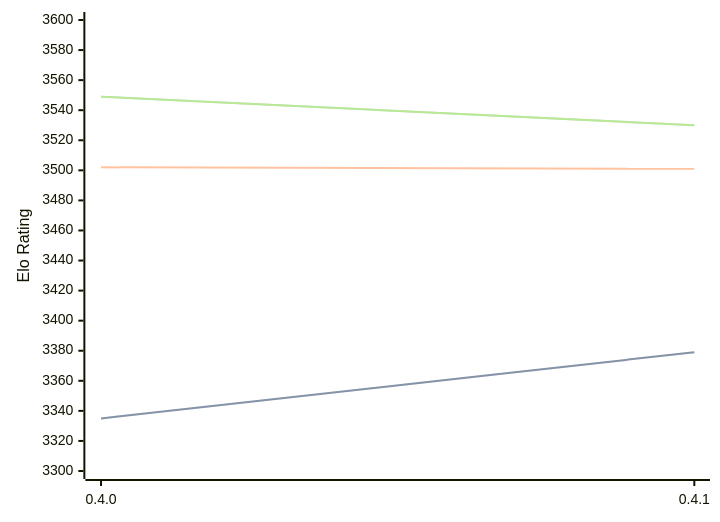
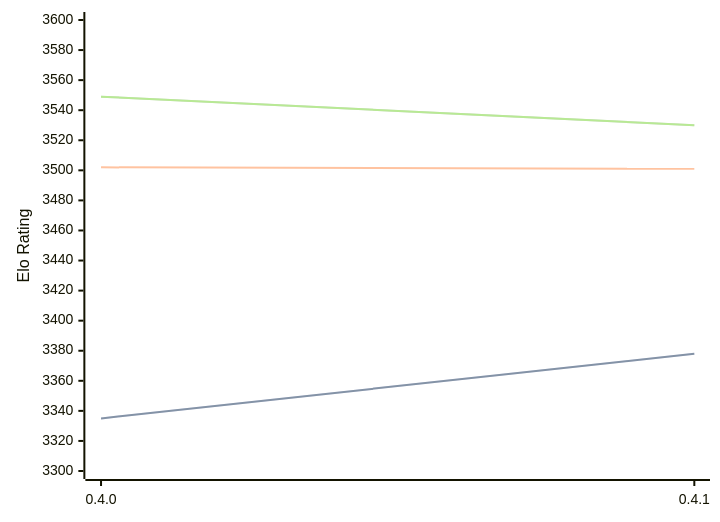
One commit to computer-chess-index/cci changed the diagram in engines/Cinder.md. Above: the diagram before and after it, drawn with Mermaid. The commit also changed other lines of this file, not shown here.

Commit message:
Update CCI Ratings (ELO VLTC) - 2026-04-04

````diff
--- a/engines/Cinder.md
+++ b/engines/Cinder.md
@@ -40,11 +40,11 @@
 ```mermaid
 %%{init: {"theme":"base","themeVariables":{"seriesColors:['#a3a3a3','#222221','#faa371']}}}%%
 xychart-beta
   x-axis ["0.4.0", "0.4.1"]
   y-axis "Elo Rating" 3300 --> 3600
-  line "STC (8.0+0.08s)" [3335, 3379]
-  line "STC (8.0+0.08s)" [3335, 3379]
+  line "STC (8.0+0.08s)" [3335, 3378]
+  line "STC (8.0+0.08s)" [3335, 3378]
   line "LTC (60.0+0.60s)" [3502, 3501]
   line "VLTC (2m24s+1.12s)" [3549, 3530]
   line "VLTC (2m24s+1.12s)" [3549, 3530]
 ```
````
